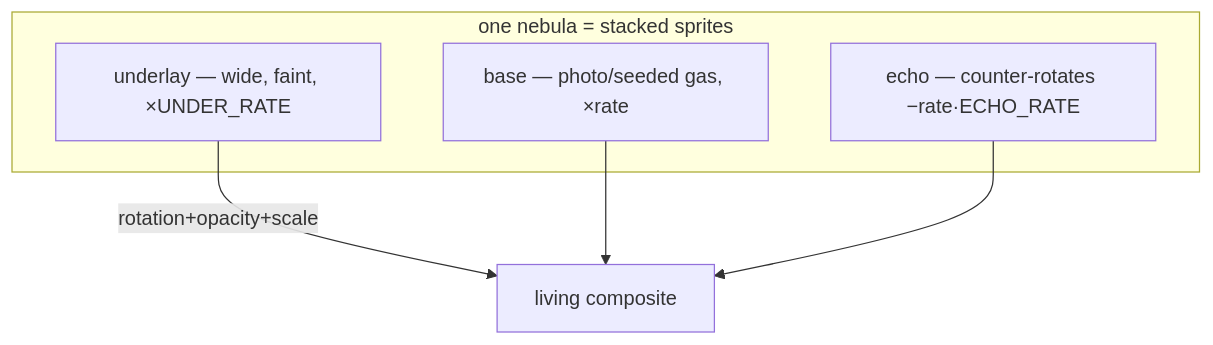
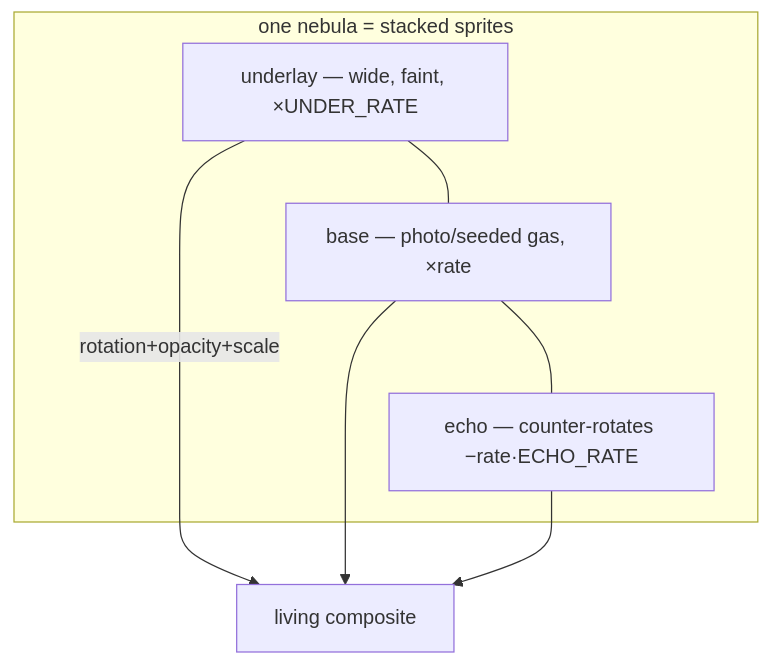
One commit to LuisKrotz/luiskr.com-V3-shared changed the fourth of 5 diagrams in docs/animations/physics-simulations/README.md. Above: the diagram before and after it, drawn with Mermaid. The commit also changed other lines of this file and 24 other files, not shown here.

First line of the commit message:
feat: live-translated locale pages at public paths + vertical mermaid

````diff
--- a/docs/animations/physics-simulations/README.md
+++ b/docs/animations/physics-simulations/README.md
@@ -151,11 +151,12 @@
 ```mermaid
 flowchart TB
     subgraph sprite["one nebula = stacked sprites"]
         U["underlay — wide, faint, ×UNDER_RATE"]
         B["base — photo/seeded gas, ×rate"]
         E["echo — counter-rotates −rate·ECHO_RATE"]
+        U --- B --- E
     end
     U -->|"rotation+opacity+scale"| R["living composite"]
     B --> R
     E --> R
 ```
````
